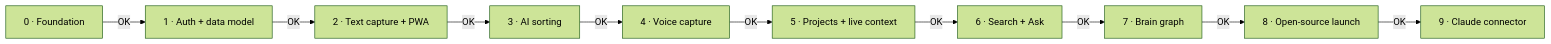
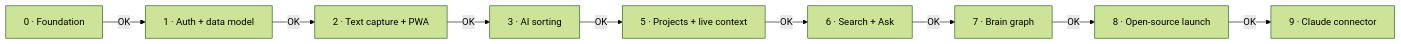
Before and after one commit to m4rkellkka/second-brain-Engram: the second of 2 diagrams in docs/SPEC.md, drawn with Mermaid (forest theme). The commit also changed other lines of this file and 1 other file, not shown here.

First line of the commit message:
docs: drop phase 4, voice capture

````diff
--- a/docs/SPEC.md
+++ b/docs/SPEC.md
@@ -197,7 +197,7 @@
 ```mermaid
 flowchart LR
   P0[0 · Foundation] -->|OK| P1[1 · Auth + data model] -->|OK| P2[2 · Text capture + PWA]
-  P2 -->|OK| P3[3 · AI sorting] -->|OK| P4[4 · Voice capture] -->|OK| P5[5 · Projects + live context]
+  P2 -->|OK| P3[3 · AI sorting] -->|OK| P5[5 · Projects + live context]
   P5 -->|OK| P6[6 · Search + Ask] -->|OK| P7[7 · Brain graph] -->|OK| P8[8 · Open-source launch]
   P8 -->|OK| P9[9 · Claude connector]
 ```
````
